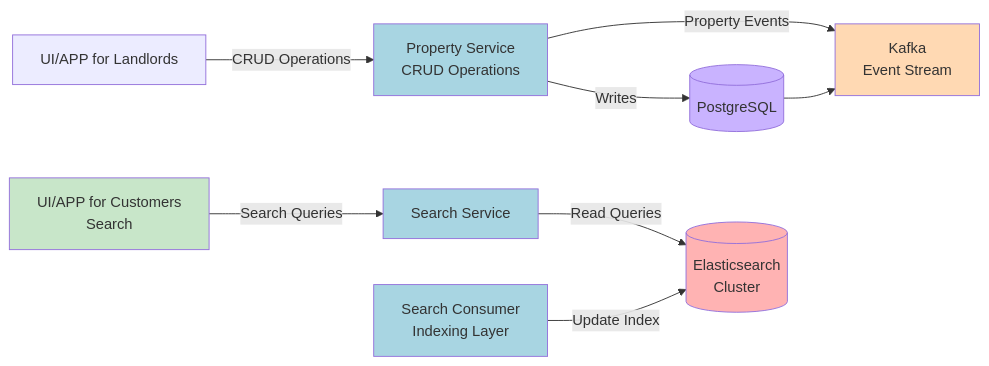
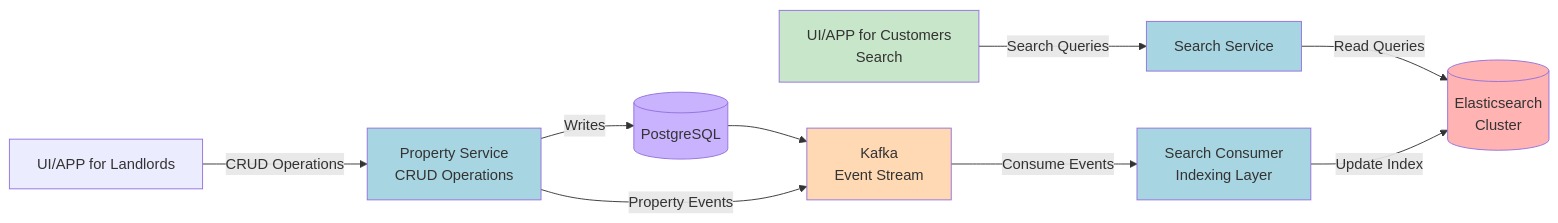
Before and after one commit to AdilAbubacker/rentezy_frontend: the first of 2 diagrams in README.md, drawn with Mermaid.

````diff
--- a/README.md
+++ b/README.md
@@ -18,33 +18,34 @@
 ```mermaid
 graph LR
     LUI[UI/APP for Landlords]
     PS[Property Service<br/>CRUD Operations]
     DB[(PostgreSQL)]
 
     LUI -->|CRUD Operations| PS
     PS -->|Writes| DB
     
 
     UI[UI/APP for Customers<br/>Search]
     SS[Search Service]
     ES[(Elasticsearch<br/>Cluster)]
     SC[Search Consumer<br/>Indexing Layer]
     
     
     UI -->|Search Queries| SS    
     SS -->|Read Queries| ES
     SC -->|Update Index| ES
     
     
     K[Kafka<br/>Event Stream]
     DB --> K
     PS -->|Property Events| K
+    K -->|Consume Events| SC
     
     style SS fill:#a8d5e2
     style PS fill:#a8d5e2
     style SC fill:#a8d5e2
     style ES fill:#ffb3b3
     style K fill:#ffd9b3
     style DB fill:#c9b3ff
     style UI fill:#c8e6c9
 ```
````
